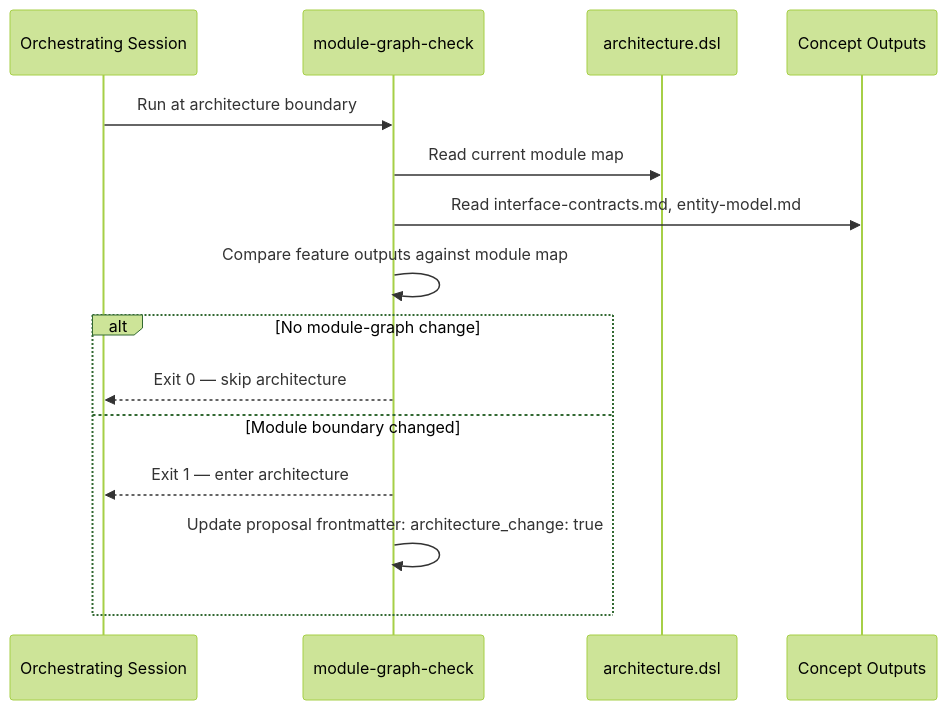
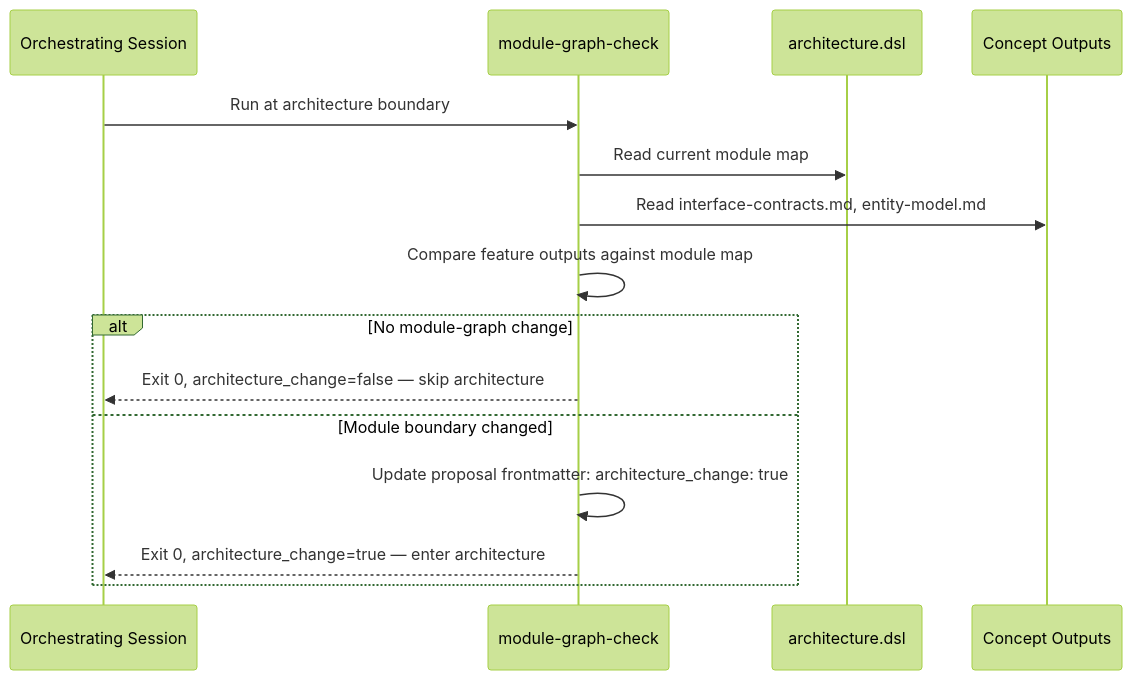
Before and after one commit to matthiasdaues/agent_factory: the seventh of 19 diagrams in docs/arc42/06_runtime_view.md, drawn with Mermaid (forest theme). The commit also changed other lines of this file and 15 other files, not shown here.

````diff
--- a/docs/arc42/06_runtime_view.md
+++ b/docs/arc42/06_runtime_view.md
@@ -174,18 +174,18 @@
 ```mermaid
 sequenceDiagram
     participant S as Orchestrating Session
     participant MG as module-graph-check
     participant DSL as architecture.dsl
     participant CO as Concept Outputs
 
     S->>MG: Run at architecture boundary
     MG->>DSL: Read current module map
     MG->>CO: Read interface-contracts.md, entity-model.md
     MG->>MG: Compare feature outputs against module map
     alt No module-graph change
-        MG-->>S: Exit 0 — skip architecture
+        MG-->>S: Exit 0, architecture_change=false — skip architecture
     else Module boundary changed
-        MG-->>S: Exit 1 — enter architecture
         MG->>MG: Update proposal frontmatter: architecture_change: true
+        MG-->>S: Exit 0, architecture_change=true — enter architecture
     end
 ```
````
